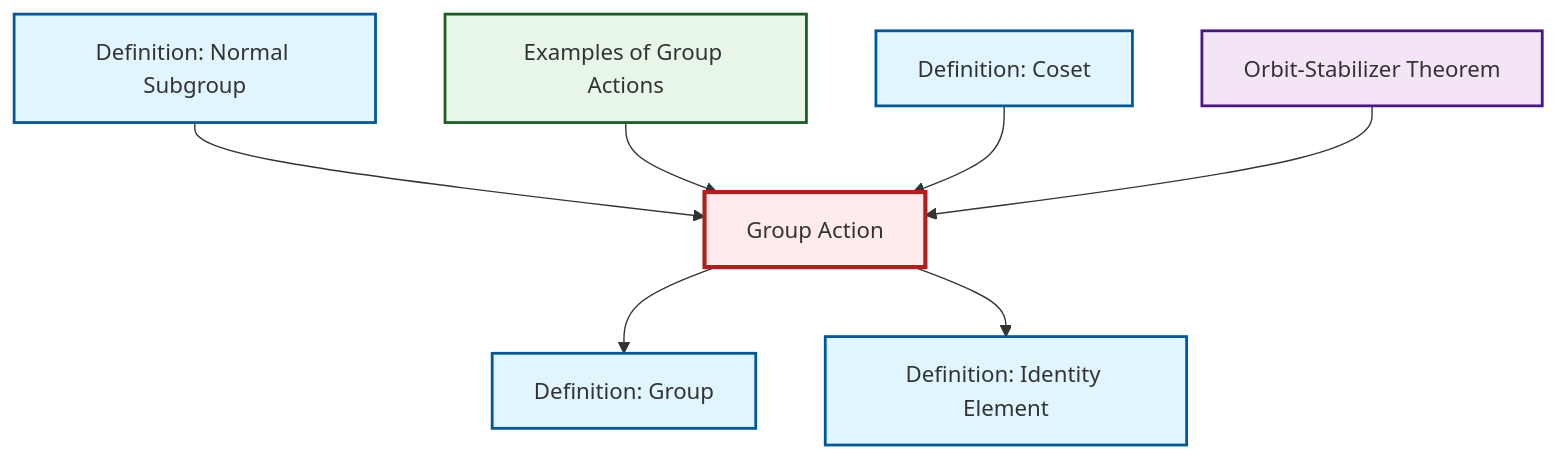
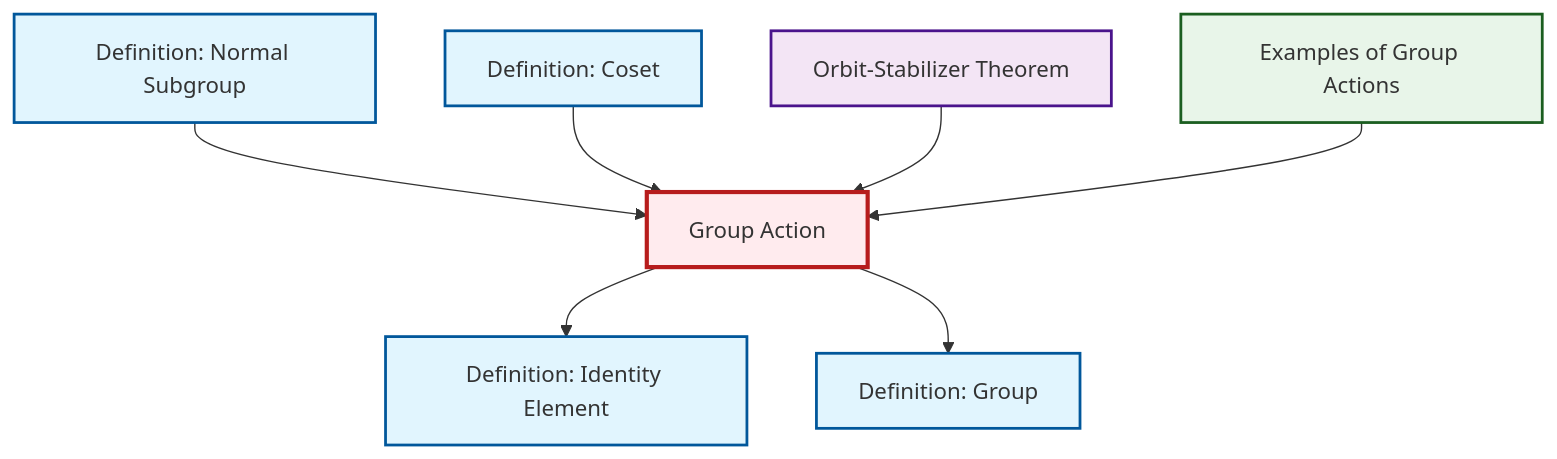
One commit to RK0429/ModernMath changed the diagram in content/ja/algebra/def-group-action.qmd. Above: the diagram before and after it, drawn with Mermaid. The commit also changed other lines of this file and 531 other files, not shown here.

````diff
--- a/content/ja/algebra/def-group-action.qmd
+++ b/content/ja/algebra/def-group-action.qmd
@@ -61,29 +61,29 @@
 ```{mermaid}
 %%| fig-cap: "Local dependency graph"
 graph TD
     classDef definition fill:#e1f5fe,stroke:#01579b,stroke-width:2px
     classDef theorem fill:#f3e5f5,stroke:#4a148c,stroke-width:2px
     classDef axiom fill:#fff3e0,stroke:#e65100,stroke-width:2px
     classDef example fill:#e8f5e9,stroke:#1b5e20,stroke-width:2px
     classDef current fill:#ffebee,stroke:#b71c1c,stroke-width:3px
+    ex-group-action-examples["Examples of Group Actions"]:::example
+    thm-orbit-stabilizer["Orbit-Stabilizer Theorem"]:::theorem
+    def-group["Definition: Group"]:::definition
     def-normal-subgroup["Definition: Normal Subgroup"]:::definition
-    thm-orbit-stabilizer["Orbit-Stabilizer Theorem"]:::theorem
+    def-identity-element["Definition: Identity Element"]:::definition
     def-coset["Definition: Coset"]:::definition
-    def-identity-element["Definition: Identity Element"]:::definition
-    def-group["Definition: Group"]:::definition
     def-group-action["Group Action"]:::definition
-    ex-group-action-examples["Examples of Group Actions"]:::example
-    def-group-action --> def-group
     def-group-action --> def-identity-element
     def-normal-subgroup --> def-group-action
-    ex-group-action-examples --> def-group-action
     def-coset --> def-group-action
     thm-orbit-stabilizer --> def-group-action
+    ex-group-action-examples --> def-group-action
+    def-group-action --> def-group
     class def-group-action current
+    click ex-group-action-examples "ex-group-action-examples.html" "Examples of Group Actionsへ"
+    click thm-orbit-stabilizer "thm-orbit-stabilizer.html" "Orbit-Stabilizer Theoremへ"
+    click def-group "def-group.html" "Definition: Groupへ"
     click def-normal-subgroup "def-normal-subgroup.html" "Definition: Normal Subgroupへ"
-    click thm-orbit-stabilizer "thm-orbit-stabilizer.html" "Orbit-Stabilizer Theoremへ"
+    click def-identity-element "def-identity-element.html" "Definition: Identity Elementへ"
     click def-coset "def-coset.html" "Definition: Cosetへ"
-    click def-identity-element "def-identity-element.html" "Definition: Identity Elementへ"
-    click def-group "def-group.html" "Definition: Groupへ"
-    click ex-group-action-examples "ex-group-action-examples.html" "Examples of Group Actionsへ"
 ```
````
